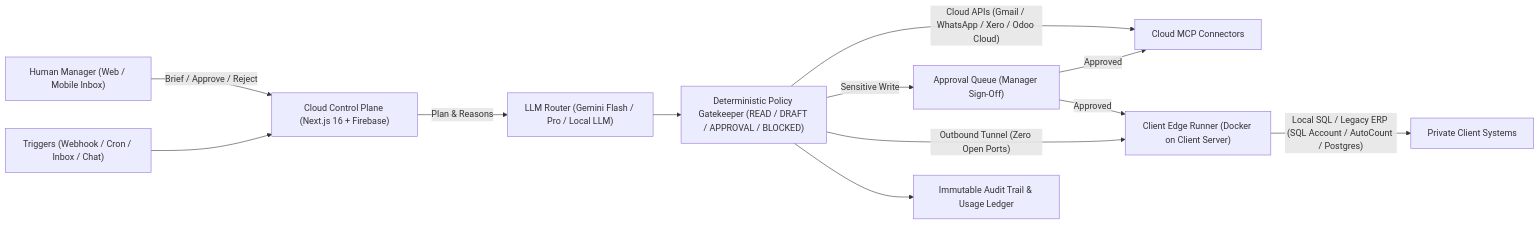
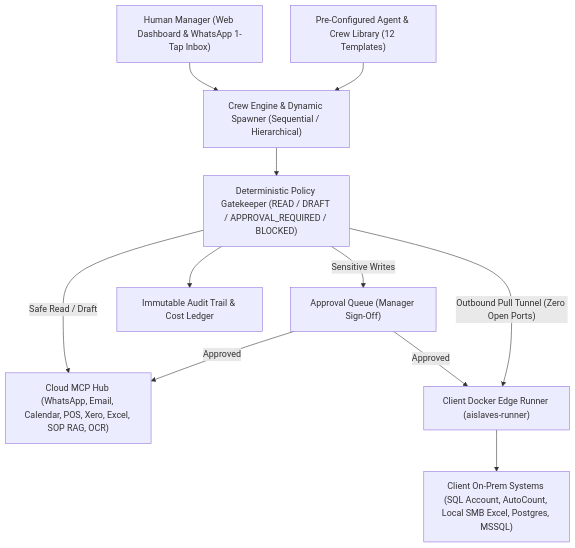
Before and after one commit to drtim83/aislaves: the diagram in README.md, drawn with Mermaid. The commit also changed other lines of this file and 1 other file, not shown here.

Commit message:
docs: expand plan with CrewAI-style spawner, MCP server hub, POS/Excel/Accounting, SOP RAG, and Card-to-Calendar sales crew

````diff
--- a/README.md
+++ b/README.md
@@ -21,14 +36,13 @@
 ```mermaid
-flowchart LR
-    MGR["Human Manager (Web / Mobile Inbox)"] -->|"Brief / Approve / Reject"| CP["Cloud Control Plane (Next.js 16 + Firebase)"]
-    TRG["Triggers (Webhook / Cron / Inbox / Chat)"] --> CP
-    CP -->|"Plan & Reasons"| LLM["LLM Router (Gemini Flash / Pro / Local LLM)"]
-    LLM --> POL["Deterministic Policy Gatekeeper (READ / DRAFT / APPROVAL / BLOCKED)"]
-    POL -->|"Cloud APIs (Gmail / WhatsApp / Xero / Odoo Cloud)"| CMCP["Cloud MCP Connectors"]
-    POL -->|"Sensitive Write"| APPR["Approval Queue (Manager Sign-Off)"]
-    APPR -->|"Approved"| CMCP
-    POL -->|"Outbound Tunnel (Zero Open Ports)"| EDGE["Client Edge Runner (Docker on Client Server)"]
+flowchart TB
+    LIB["Pre-Configured Agent & Crew Library (12 Templates)"] --> SPAWN["Crew Engine & Dynamic Spawner (Sequential / Hierarchical)"]
+    MGR["Human Manager (Web Dashboard & WhatsApp 1-Tap Inbox)"] --> SPAWN
+    SPAWN --> POLICY["Deterministic Policy Gatekeeper (READ / DRAFT / APPROVAL_REQUIRED / BLOCKED)"]
+    POLICY -->|"Sensitive Writes"| APPR["Approval Queue (Manager Sign-Off)"]
+    APPR -->|"Approved"| MCPHUB["Cloud MCP Hub (WhatsApp, Email, Calendar, POS, Xero, Excel, SOP RAG, OCR)"]
+    POLICY -->|"Safe Read / Draft"| MCPHUB
+    POLICY -->|"Outbound Pull Tunnel (Zero Open Ports)"| EDGE["Client Docker Edge Runner (aislaves-runner)"]
     APPR -->|"Approved"| EDGE
-    EDGE -->|"Local SQL / Legacy ERP (SQL Account / AutoCount / Postgres)"| ERP["Private Client Systems"]
-    POL --> AUD["Immutable Audit Trail & Usage Ledger"]
+    EDGE --> LOCAL["Client On-Prem Systems (SQL Account, AutoCount, Local SMB Excel, Postgres, MSSQL)"]
+    POLICY --> AUDIT["Immutable Audit Trail & Cost Ledger"]
 ```
````
